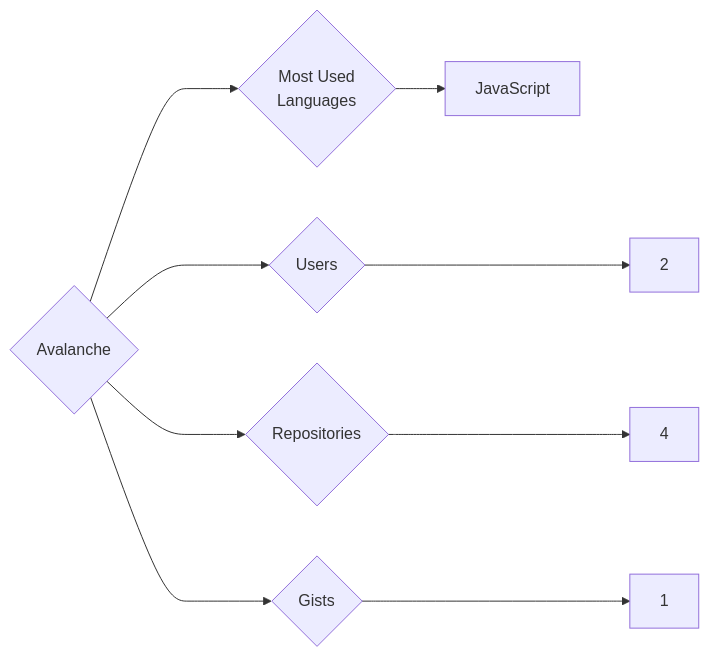
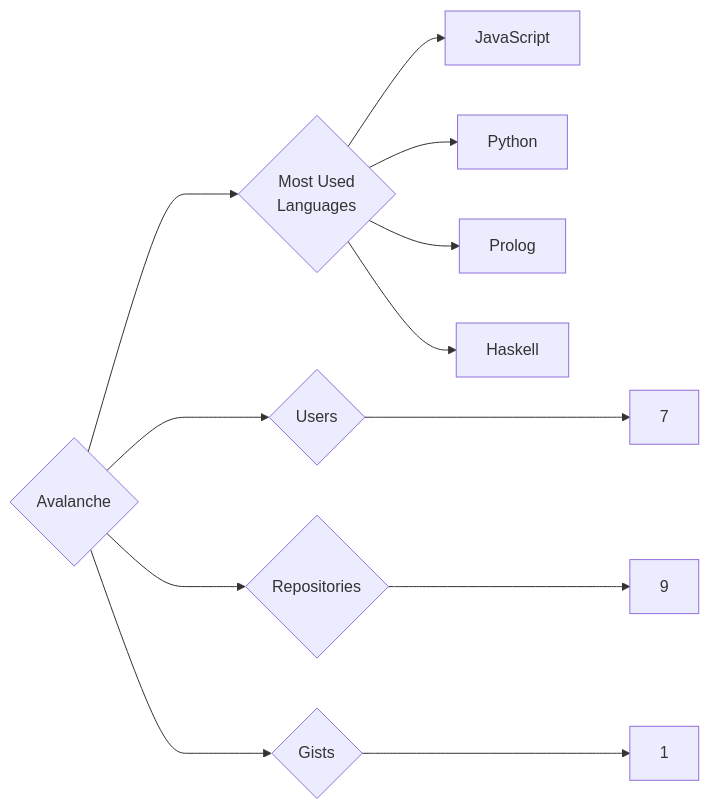
Before and after one commit to trickest/insiders: the diagram in targets/Avalanche/README.md, drawn with Mermaid. The commit also changed 997 other files, not shown here.

````diff
--- a/targets/Avalanche/README.md
+++ b/targets/Avalanche/README.md
@@ -3,9 +3,12 @@
 ```mermaid
 graph LR
 COMPANY_NAME{Avalanche}
-COMPANY_NAME ---> U{Users} ---> UN[2]
-COMPANY_NAME ---> R{Repositories} ---> RN[4]
+COMPANY_NAME ---> U{Users} ---> UN[7]
+COMPANY_NAME ---> R{Repositories} ---> RN[9]
 COMPANY_NAME ---> G{Gists} ---> GN[1]
 COMPANY_NAME ---> ML{Most Used<br>Languages}
 ML --> JavaScript[JavaScript]
+ML --> Python[Python]
+ML --> Prolog[Prolog]
+ML --> Haskell[Haskell]
 ```
````
